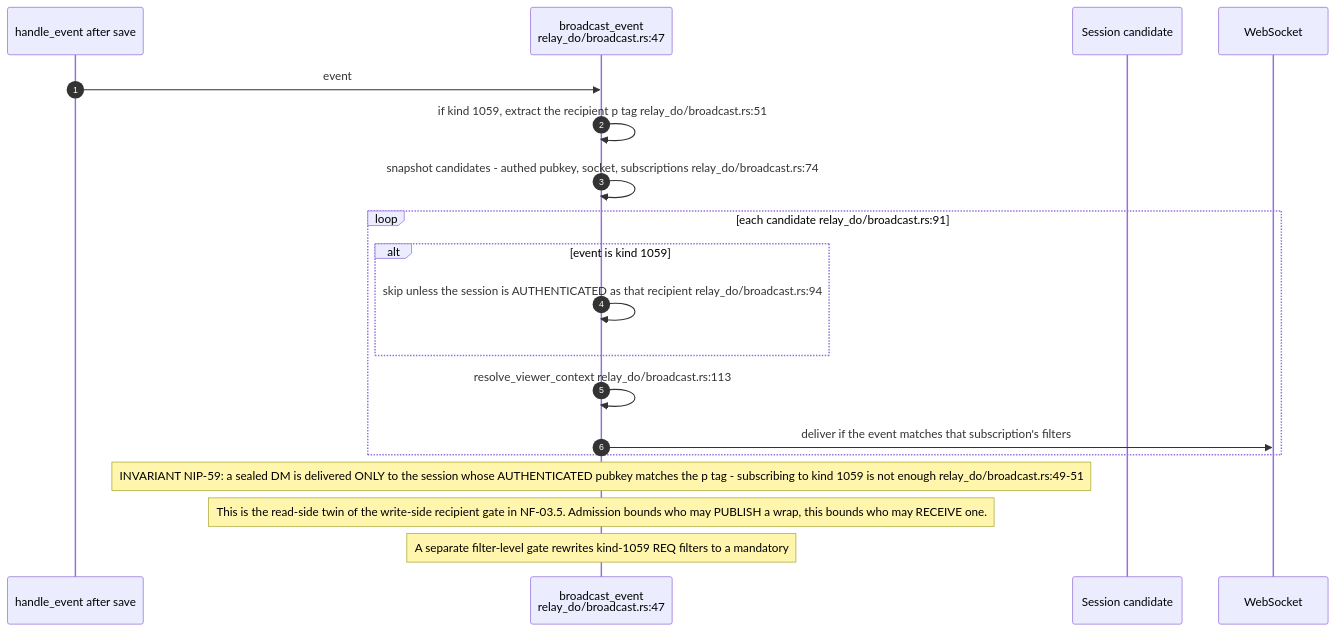
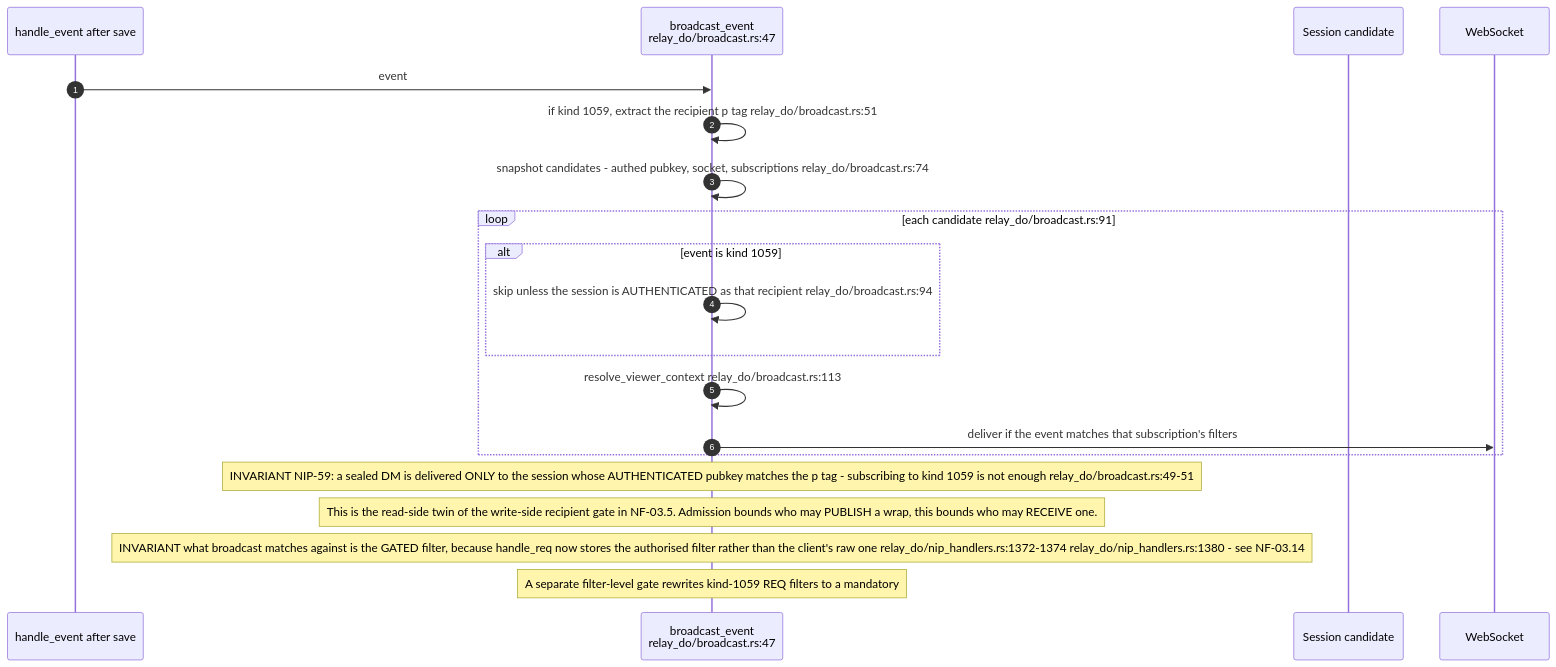
Before and after one commit to DreamLab-AI/VisionFlow: the fifth of 15 diagrams in docs/diagrams/nostr-rust-forum/11-relay-durable-object-internals.md, drawn with Mermaid. The commit also changed other lines of this file and 11 other files, not shown here.

````diff
--- a/docs/diagrams/nostr-rust-forum/11-relay-durable-object-internals.md
+++ b/docs/diagrams/nostr-rust-forum/11-relay-durable-object-internals.md
@@ -141,23 +142,24 @@
 ```mermaid
 sequenceDiagram
     autonumber
     participant H as handle_event after save
     participant B as broadcast_event<br/>relay_do/broadcast.rs:47
     participant S as Session candidate
     participant W as WebSocket
 
     H->>B: event
     B->>B: if kind 1059, extract the recipient p tag relay_do/broadcast.rs:51
     B->>B: snapshot candidates - authed pubkey, socket, subscriptions relay_do/broadcast.rs:74
     loop each candidate relay_do/broadcast.rs:91
         alt event is kind 1059
             B->>B: skip unless the session is AUTHENTICATED as that recipient relay_do/broadcast.rs:94
         end
         B->>B: resolve_viewer_context relay_do/broadcast.rs:113
         B->>W: deliver if the event matches that subscription's filters
     end
 
     Note over B: INVARIANT NIP-59: a sealed DM is delivered ONLY to the session whose AUTHENTICATED pubkey matches the p tag - subscribing to kind 1059 is not enough relay_do/broadcast.rs:49-51
     Note over B: This is the read-side twin of the write-side recipient gate in NF-03.5. Admission bounds who may PUBLISH a wrap, this bounds who may RECEIVE one.
-    Note over B: A separate filter-level gate rewrites kind-1059 REQ filters to a mandatory #p in BOTH auth modes relay_do/nip_handlers.rs:1335 - so DM privacy never depends on AUTH_MODE relay_do/nip42.rs:183-186
+    Note over B: INVARIANT what broadcast matches against is the GATED filter, because handle_req now stores the authorised filter rather than the client's raw one relay_do/nip_handlers.rs:1372-1374 relay_do/nip_handlers.rs:1380 - see NF-03.14
+    Note over B: A separate filter-level gate rewrites kind-1059 REQ filters to a mandatory #p in BOTH auth modes relay_do/nip_handlers.rs:1637 - so DM privacy never depends on AUTH_MODE relay_do/nip42.rs:236-239
 ```
````
